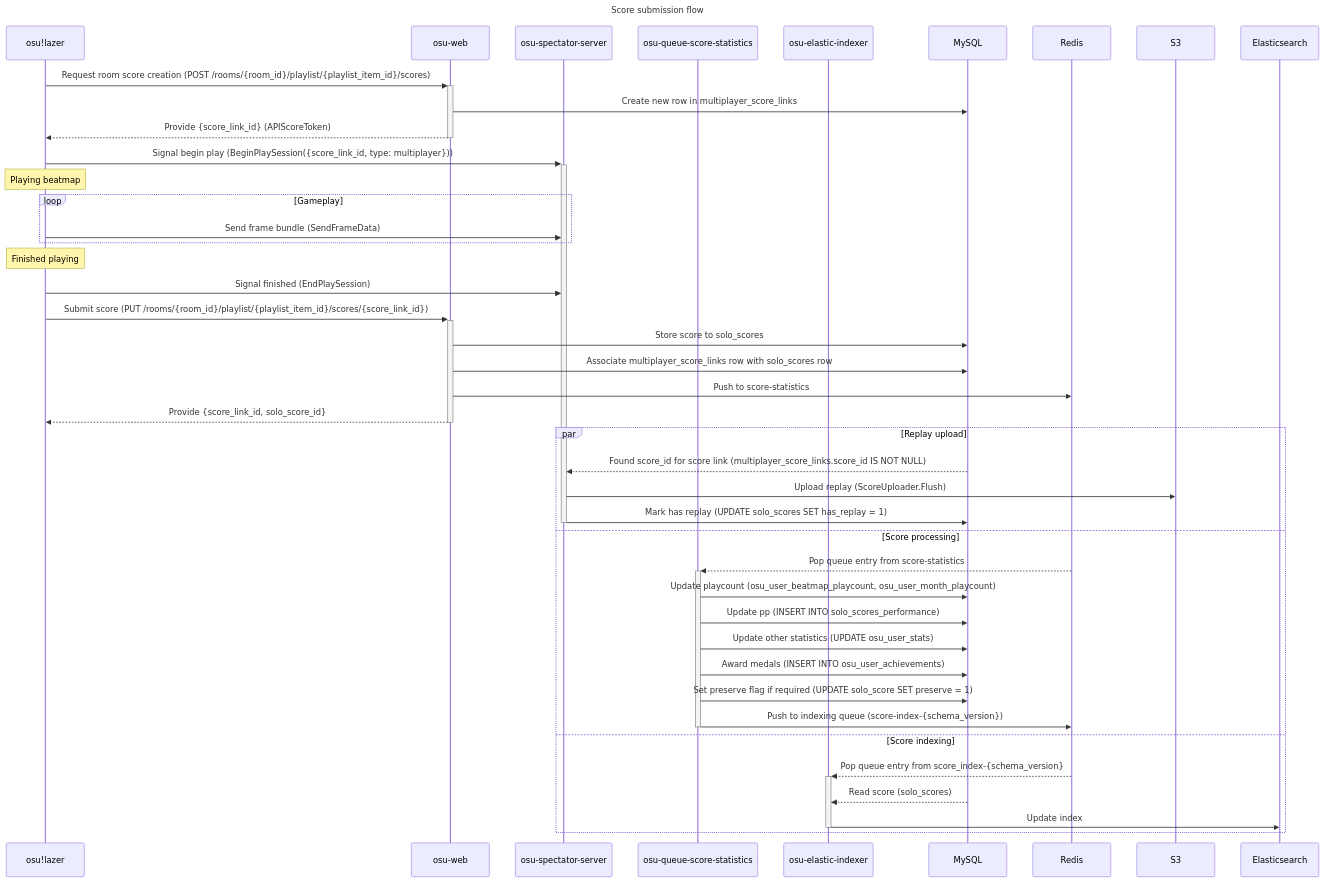
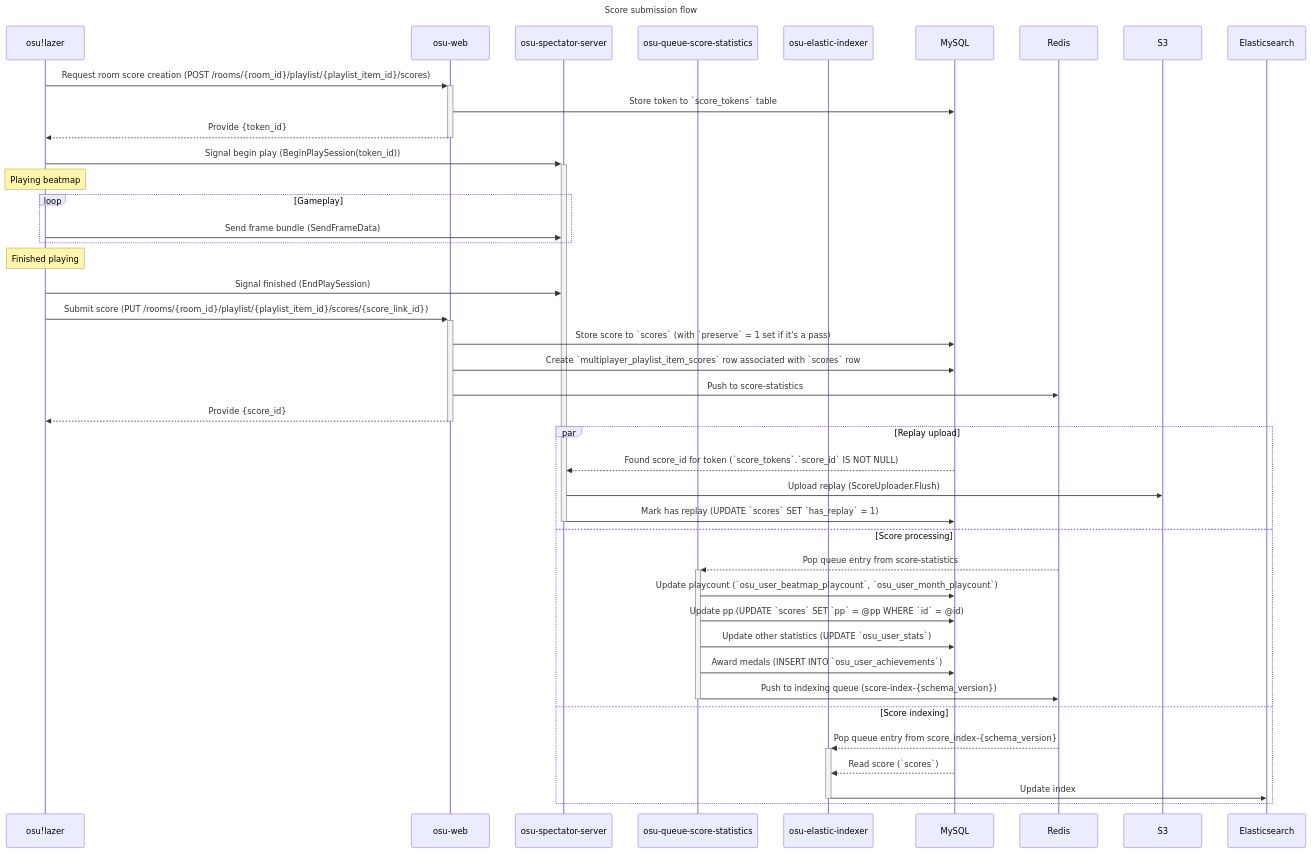
Before and after one commit to ppy/osu-infrastructure: the second of 2 diagrams in score-submission.md, drawn with Mermaid. The commit also changed other lines of this file, not shown here.

Commit message:
Update submission sequence diagrams

````diff
--- a/score-submission.md
+++ b/score-submission.md
@@ -63,54 +62,53 @@
 ```mermaid
 
 sequenceDiagram title Score submission flow
     participant C as osu!lazer
     participant W as osu-web
     participant S as osu-spectator-server
     participant QS as osu-queue-score-statistics
     participant QE as osu-elastic-indexer
     participant DB as MySQL
     participant R as Redis
     participant S3
     participant ES as Elasticsearch
 
     C->>+W: Request room score creation (POST /rooms/{room_id}/playlist/{playlist_item_id}/scores)
 
-    W->>DB: Create new row in multiplayer_score_links
-    W-->>-C: Provide {score_link_id} (APIScoreToken)
+    W->>DB: Store token to `score_tokens` table
+    W-->>-C: Provide {token_id}
 
-    C->>+S: Signal begin play (BeginPlaySession({score_link_id, type: multiplayer}))
+    C->>+S: Signal begin play (BeginPlaySession(token_id))
     Note over C: Playing beatmap
 
     loop Gameplay
         C->>S: Send frame bundle (SendFrameData)
     end
 
     Note over C: Finished playing
     C->>S: Signal finished (EndPlaySession)
 
     C->>+W: Submit score (PUT /rooms/{room_id}/playlist/{playlist_item_id}/scores/{score_link_id})
-    W->>DB: Store score to solo_scores
-    W->>DB: Associate multiplayer_score_links row with solo_scores row
+    W->>DB: Store score to `scores` (with `preserve` = 1 set if it's a pass)
+    W->>DB: Create `multiplayer_playlist_item_scores` row associated with `scores` row
     W->>R: Push to score-statistics
-    W-->>-C: Provide {score_link_id, solo_score_id}
+    W-->>-C: Provide {score_id}
     
     # TODO: anticheat flow should probably be inserted here, redirecting to a separate queue
     
     par Replay upload
-        DB-->>S: Found score_id for score link (multiplayer_score_links.score_id IS NOT NULL)
+        DB-->>S: Found score_id for token (`score_tokens`.`score_id` IS NOT NULL)
         S->>S3: Upload replay (ScoreUploader.Flush)
-        S->>-DB: Mark has replay (UPDATE solo_scores SET has_replay = 1)
+        S->>-DB: Mark has replay (UPDATE `scores` SET `has_replay` = 1)
     and Score processing
         R-->>+QS: Pop queue entry from score-statistics
-        QS->>DB: Update playcount (osu_user_beatmap_playcount, osu_user_month_playcount)
-        QS->>DB: Update pp (INSERT INTO solo_scores_performance)
-        QS->>DB: Update other statistics (UPDATE osu_user_stats)
-        QS->>DB: Award medals (INSERT INTO osu_user_achievements)
-        QS->>DB: Set preserve flag if required (UPDATE solo_score SET preserve = 1)
+        QS->>DB: Update playcount (`osu_user_beatmap_playcount`, `osu_user_month_playcount`)
+        QS->>DB: Update pp (UPDATE `scores` SET `pp` = @pp WHERE `id` = @id)
+        QS->>DB: Update other statistics (UPDATE `osu_user_stats`)
+        QS->>DB: Award medals (INSERT INTO `osu_user_achievements`)
         QS->>-R: Push to indexing queue (score-index-{schema_version})
     and Score indexing
         R-->>+QE: Pop queue entry from score_index-{schema_version}
-        DB-->>QE: Read score (solo_scores)
+        DB-->>QE: Read score (`scores`)
         QE->>-ES: Update index
     end
 ```
````
